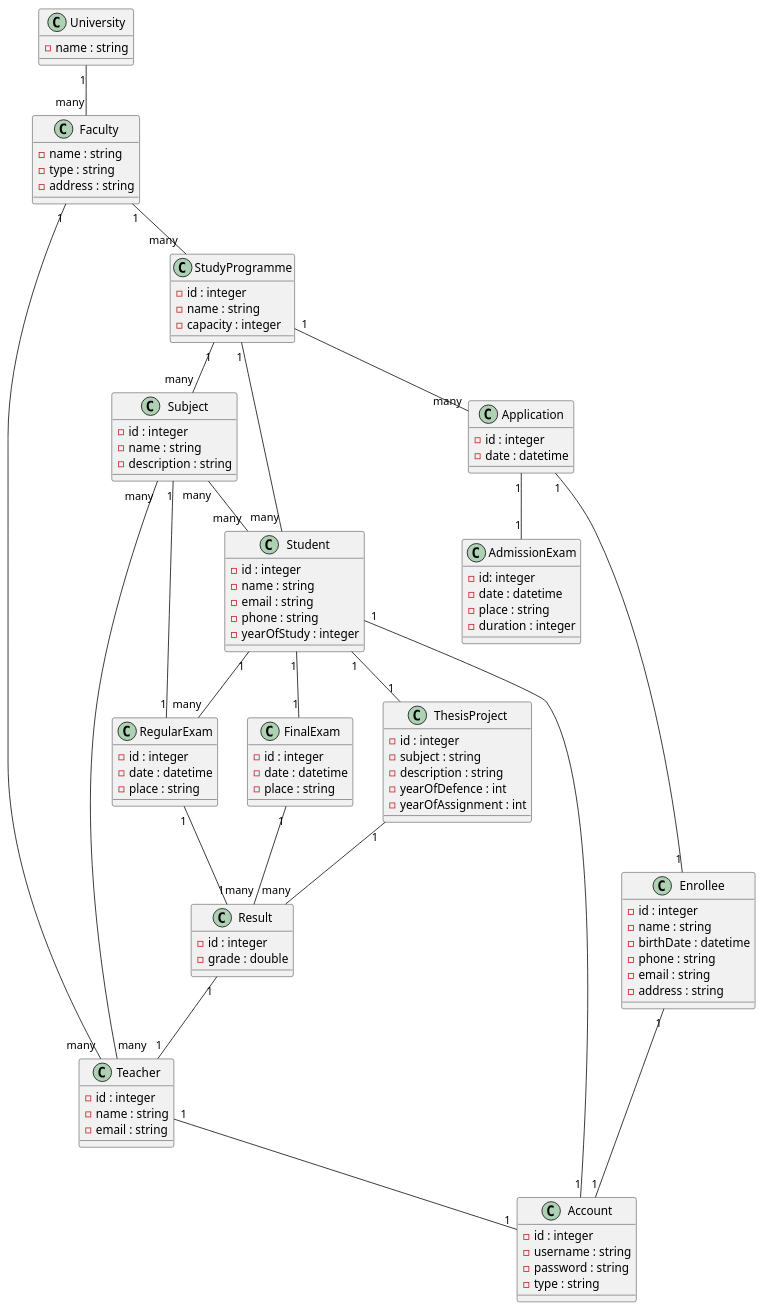
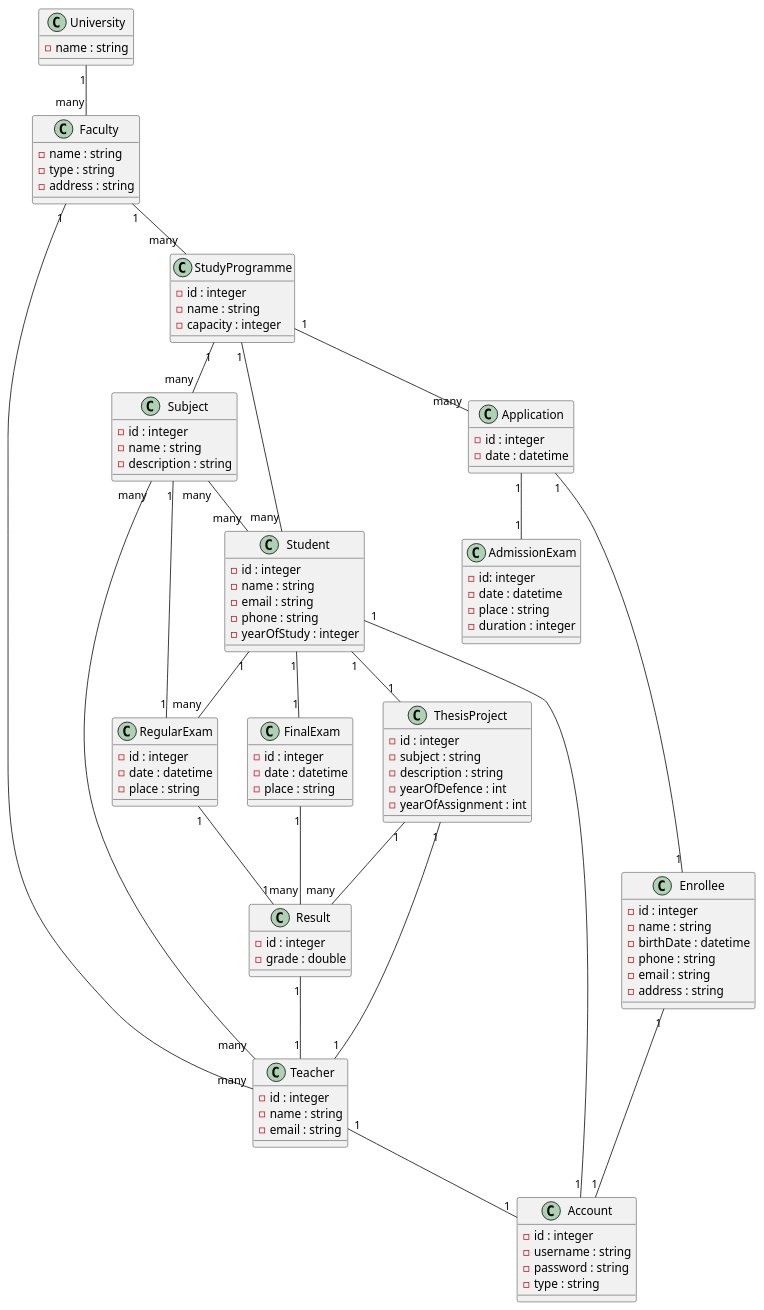
Before and after one commit to 915-Muscalagiu-AncaIoana/NSWI041: the diagram in classDiagram.md, drawn with PlantUML. The commit also changed 9 other files, not shown here.

```diff
--- a/classDiagram.md
+++ b/classDiagram.md
@@ -113,6 +113,7 @@
 FinalExam "1" -- "many" Result
 ThesisProject "1" -- "many" Result 
 Result "1" -- "1" Teacher
+ThesisProject "1" -- "1" Teacher
 Application "1" -- "1" Enrollee
 Application "1" -- "1" AdmissionExam
 Student "1" -- "1" Account
```
